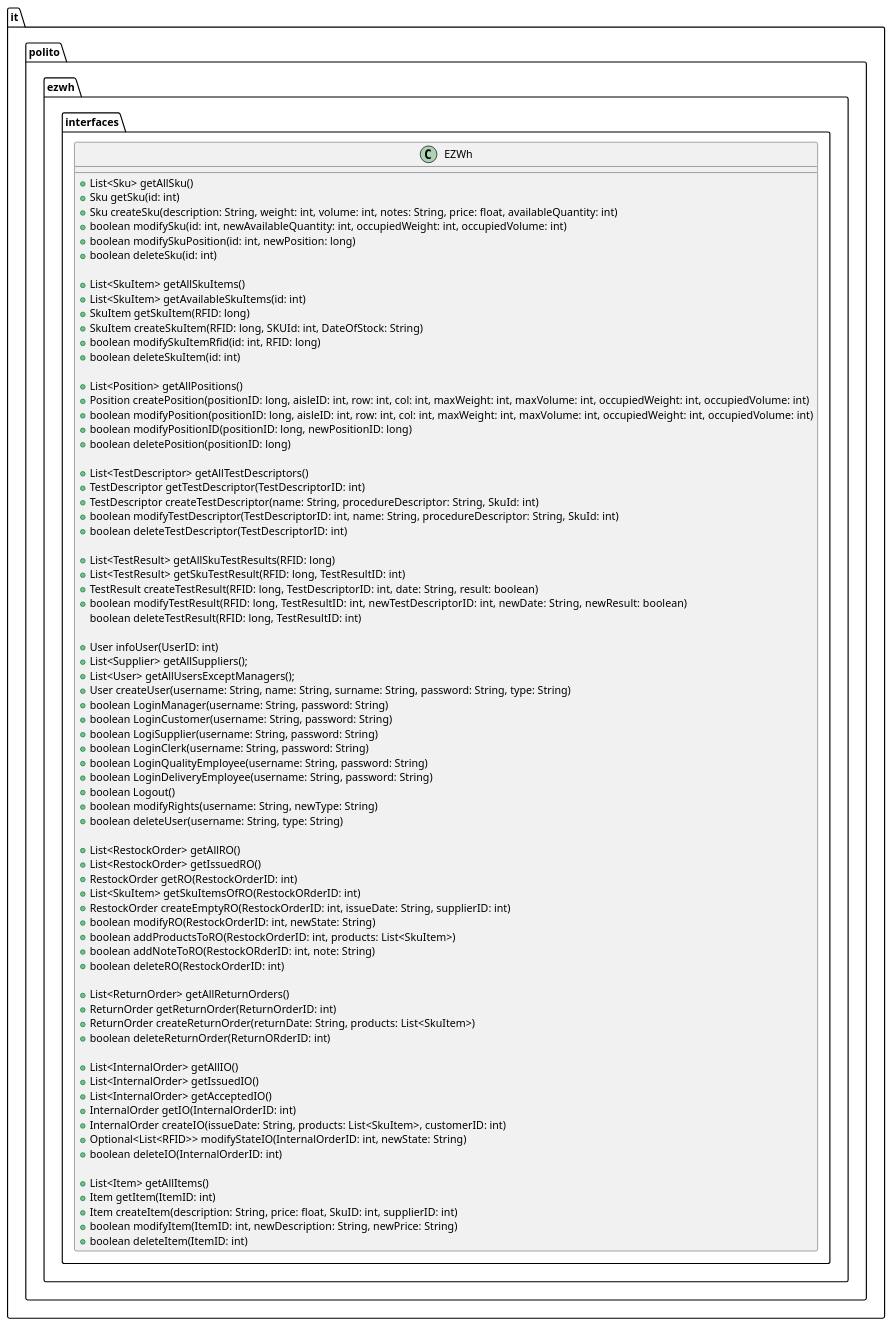
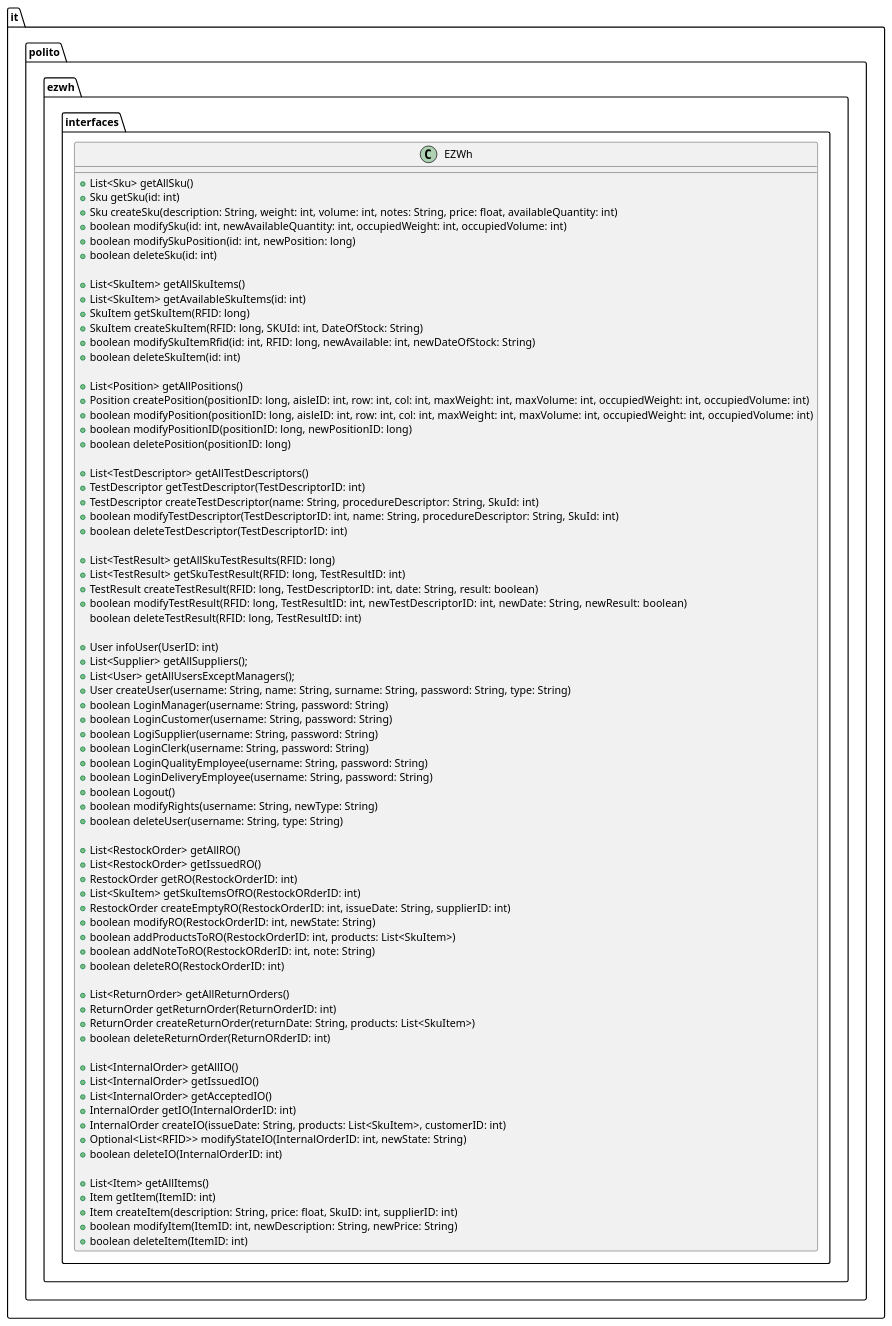
The fifth of 27 diagrams in DesignDocument.md (kevinmascitti/Warehouse-management-software), drawn with PlantUML before and after one commit. The commit also changed other lines of this file and 1 other file, not shown here.

```diff
--- a/DesignDocument.md
+++ b/DesignDocument.md
@@ -142,7 +142,7 @@
     +List<SkuItem> getAvailableSkuItems(id: int)
     +SkuItem getSkuItem(RFID: long)
     +SkuItem createSkuItem(RFID: long, SKUId: int, DateOfStock: String)
-    +boolean modifySkuItemRfid(id: int, RFID: long)
+    +boolean modifySkuItemRfid(id: int, RFID: long, newAvailable: int, newDateOfStock: String)
     +boolean deleteSkuItem(id: int)
     
     +List<Position> getAllPositions()
```
